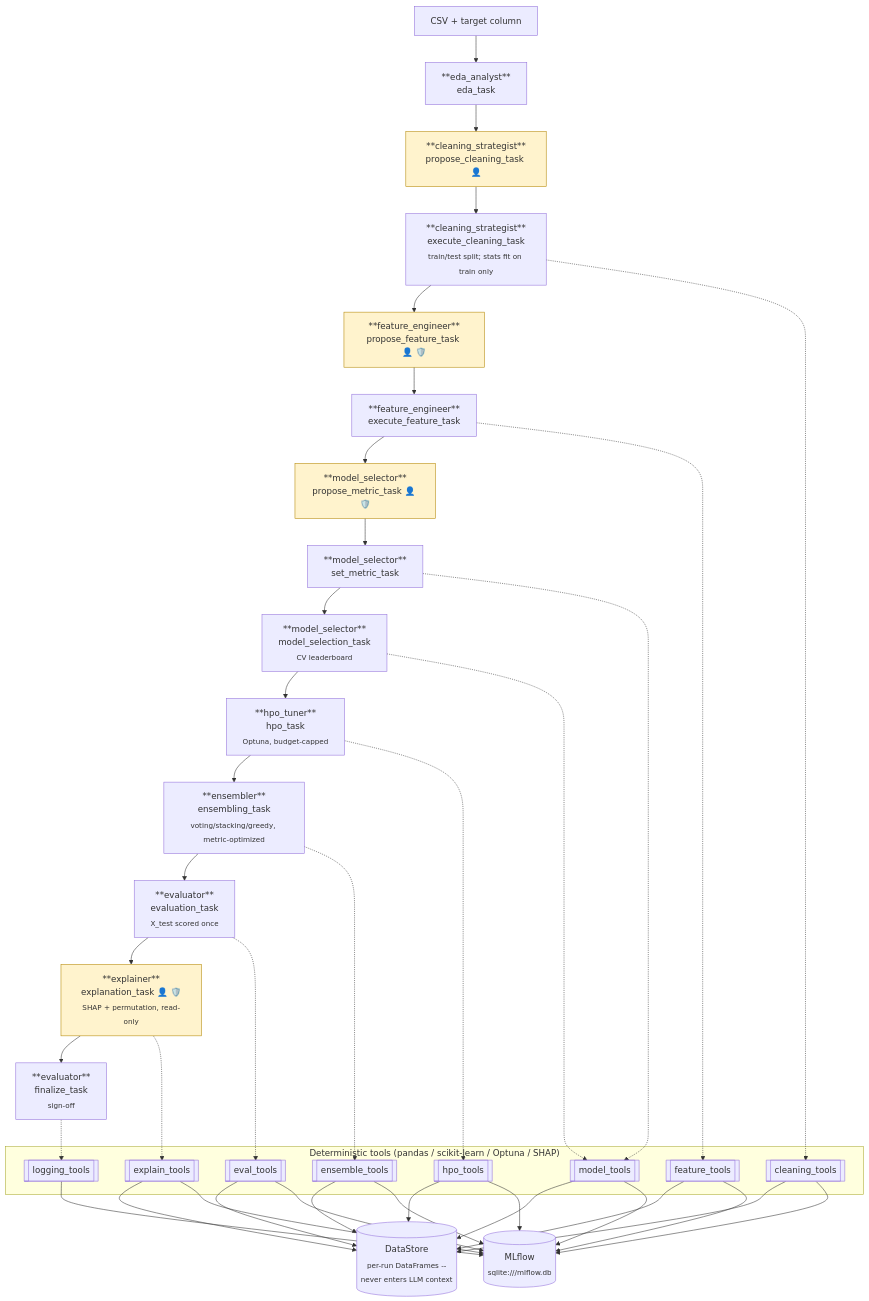
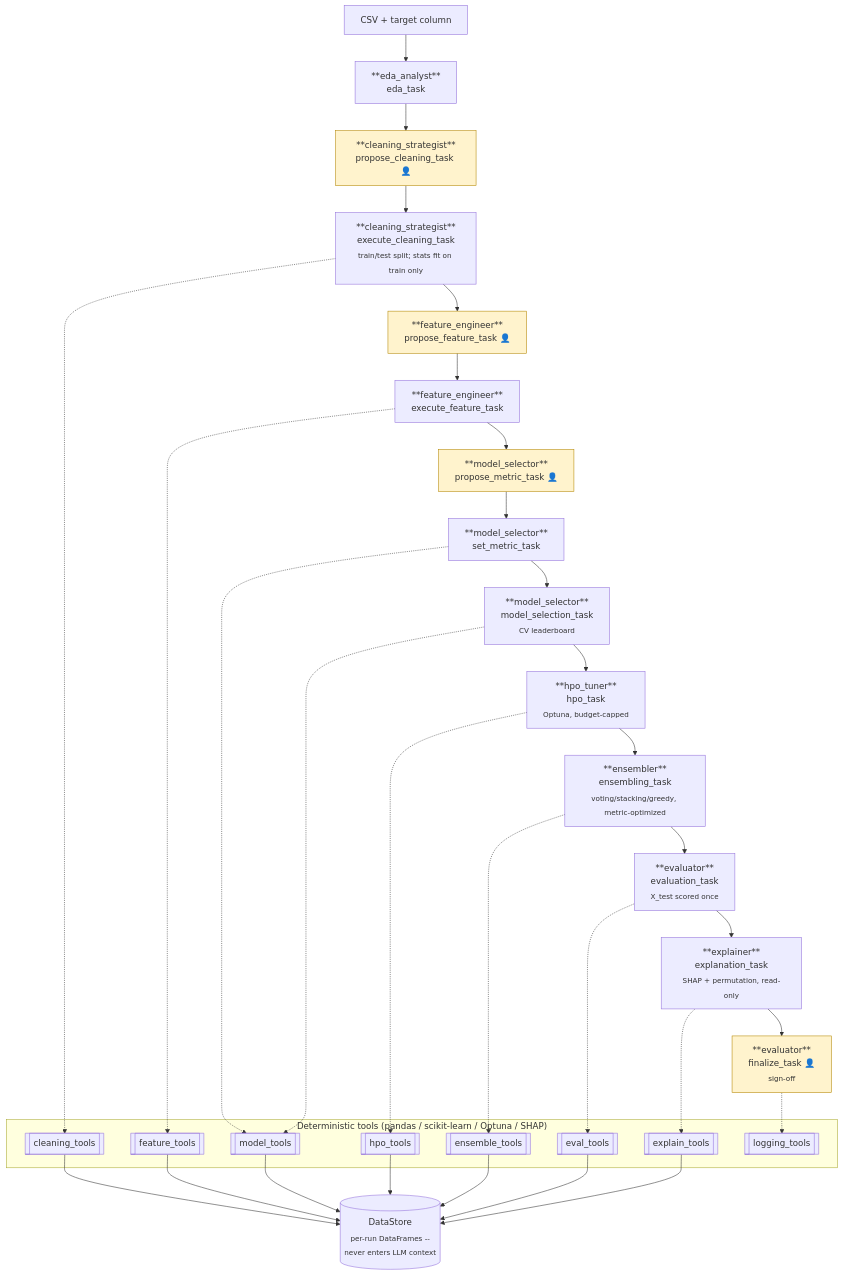
One commit to rushikeshdhumal/ml-agent-structured-data changed the diagram in README.md. Above: the diagram before and after it, drawn with Mermaid. The commit also changed other lines of this file and 40 other files, not shown here.

````diff
--- a/README.md
+++ b/README.md
@@ -162,49 +91,47 @@
 ```mermaid
 flowchart TD
     CSV["CSV + target column"]
     EDA["**eda_analyst**<br/>eda_task"]
     PC["**cleaning_strategist**<br/>propose_cleaning_task 👤"]
     EC["**cleaning_strategist**<br/>execute_cleaning_task<br/><sub>train/test split; stats fit on train only</sub>"]
-    PF["**feature_engineer**<br/>propose_feature_task 👤 🛡️"]
+    PF["**feature_engineer**<br/>propose_feature_task 👤"]
     EF["**feature_engineer**<br/>execute_feature_task"]
-    PM["**model_selector**<br/>propose_metric_task 👤 🛡️"]
+    PM["**model_selector**<br/>propose_metric_task 👤"]
     SM["**model_selector**<br/>set_metric_task"]
     MS["**model_selector**<br/>model_selection_task<br/><sub>CV leaderboard</sub>"]
     HPO["**hpo_tuner**<br/>hpo_task<br/><sub>Optuna, budget-capped</sub>"]
     ENS["**ensembler**<br/>ensembling_task<br/><sub>voting/stacking/greedy, metric-optimized</sub>"]
     EV["**evaluator**<br/>evaluation_task<br/><sub>X_test scored once</sub>"]
-    EX["**explainer**<br/>explanation_task 👤 🛡️<br/><sub>SHAP + permutation, read-only</sub>"]
-    FIN["**evaluator**<br/>finalize_task<br/><sub>sign-off</sub>"]
+    EX["**explainer**<br/>explanation_task<br/><sub>SHAP + permutation, read-only</sub>"]
+    FIN["**evaluator**<br/>finalize_task 👤<br/><sub>sign-off</sub>"]
 
     CSV --> EDA --> PC --> EC --> PF --> EF --> PM --> SM --> MS --> HPO --> ENS --> EV --> EX --> FIN
 
     subgraph Tools["Deterministic tools (pandas / scikit-learn / Optuna / SHAP)"]
         T1[[cleaning_tools]]
         T2[[feature_tools]]
         T3[[model_tools]]
         T4[[hpo_tools]]
         T7[[ensemble_tools]]
         T5[[eval_tools]]
         T8[[explain_tools]]
         T6[[logging_tools]]
     end
 
     EC -.-> T1
     EF -.-> T2
     SM -.-> T3
     MS -.-> T3
     HPO -.-> T4
     ENS -.-> T7
     EV -.-> T5
     EX -.-> T8
     FIN -.-> T6
 
     DS[("DataStore<br/><sub>per-run DataFrames --<br/>never enters LLM context</sub>")]
-    MLF[("MLflow<br/><sub>sqlite:///mlflow.db</sub>")]
 
     T1 & T2 & T3 & T4 & T7 & T5 & T8 --> DS
-    T1 & T2 & T3 & T4 & T7 & T5 & T8 & T6 --> MLF
 
     classDef gate fill:#fff3cd,stroke:#b38600
-    class PC,PF,PM,EX gate
+    class PC,PF,PM,FIN gate
 ```
````
